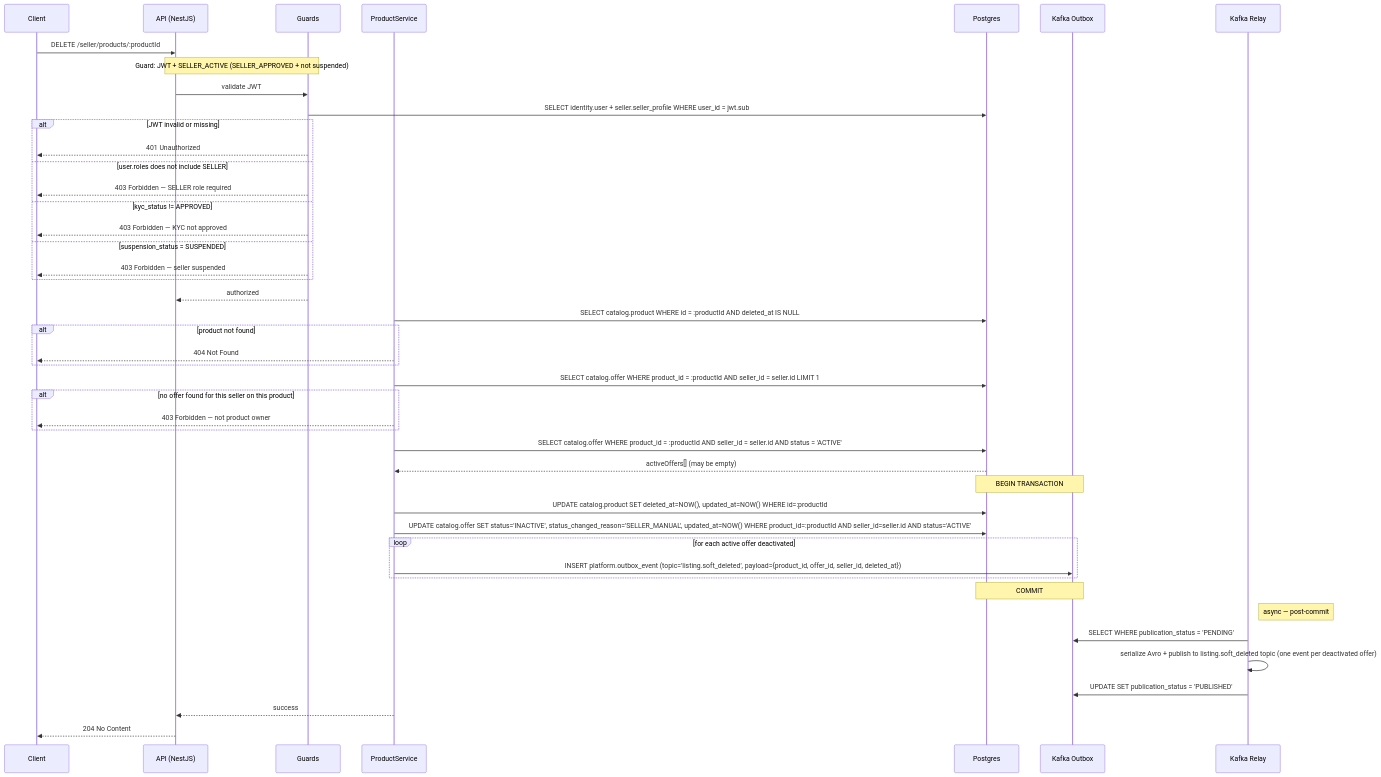
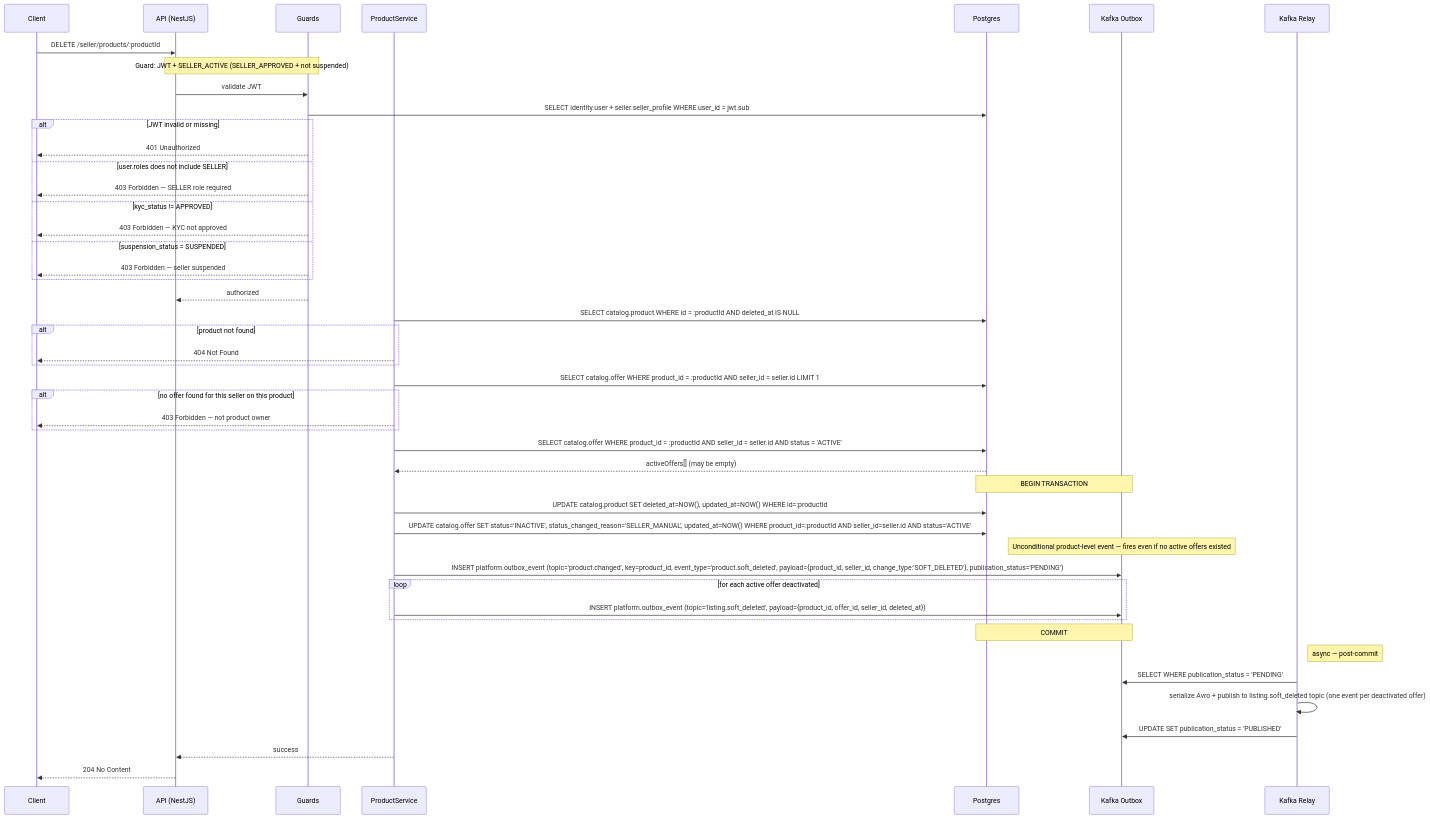
Before and after one commit to alisa-uthi/aliceut-ecom-document: diagram 19 of 21 in phase-1/technical-design/api-design/seller.md, drawn with Mermaid. The commit also changed other lines of this file and 35 other files, not shown here.

````diff
--- a/phase-1/technical-design/api-design/seller.md
+++ b/phase-1/technical-design/api-design/seller.md
@@ -1309,52 +1358,54 @@
 ```mermaid
 sequenceDiagram
     participant C as Client
     participant A as API (NestJS)
     participant G as Guards
     participant PS as ProductService
     participant P as Postgres
     participant KO as Kafka Outbox
     participant KR as Kafka Relay
 
     C->>A: DELETE /seller/products/:productId
     Note over A,G: Guard: JWT + SELLER_ACTIVE (SELLER_APPROVED + not suspended)
     A->>G: validate JWT
     G->>P: SELECT identity.user + seller.seller_profile WHERE user_id = jwt.sub
     alt JWT invalid or missing
         G-->>C: 401 Unauthorized
     else user.roles does not include SELLER
         G-->>C: 403 Forbidden — SELLER role required
     else kyc_status != APPROVED
         G-->>C: 403 Forbidden — KYC not approved
     else suspension_status = SUSPENDED
         G-->>C: 403 Forbidden — seller suspended
     end
     G-->>A: authorized
 
     PS->>P: SELECT catalog.product WHERE id = :productId AND deleted_at IS NULL
     alt product not found
         PS-->>C: 404 Not Found
     end
     PS->>P: SELECT catalog.offer WHERE product_id = :productId AND seller_id = seller.id LIMIT 1
     alt no offer found for this seller on this product
         PS-->>C: 403 Forbidden — not product owner
     end
     PS->>P: SELECT catalog.offer WHERE product_id = :productId AND seller_id = seller.id AND status = 'ACTIVE'
     P-->>PS: activeOffers[] (may be empty)
 
     Note over P,KO: BEGIN TRANSACTION
     PS->>P: UPDATE catalog.product SET deleted_at=NOW(), updated_at=NOW() WHERE id=:productId
     PS->>P: UPDATE catalog.offer SET status='INACTIVE', status_changed_reason='SELLER_MANUAL', updated_at=NOW() WHERE product_id=:productId AND seller_id=seller.id AND status='ACTIVE'
+    Note over KO: Unconditional product-level event — fires even if no active offers existed
+    PS->>KO: INSERT platform.outbox_event (topic='product.changed', key=product_id, event_type='product.soft_deleted', payload={product_id, seller_id, change_type:'SOFT_DELETED'}, publication_status='PENDING')
     loop for each active offer deactivated
         PS->>KO: INSERT platform.outbox_event (topic='listing.soft_deleted', payload={product_id, offer_id, seller_id, deleted_at})
     end
     Note over P,KO: COMMIT
 
     Note right of KR: async — post-commit
     KR->>KO: SELECT WHERE publication_status = 'PENDING'
     KR->>KR: serialize Avro + publish to listing.soft_deleted topic (one event per deactivated offer)
     KR->>KO: UPDATE SET publication_status = 'PUBLISHED'
 
     PS-->>A: success
     A-->>C: 204 No Content
 ```
````
